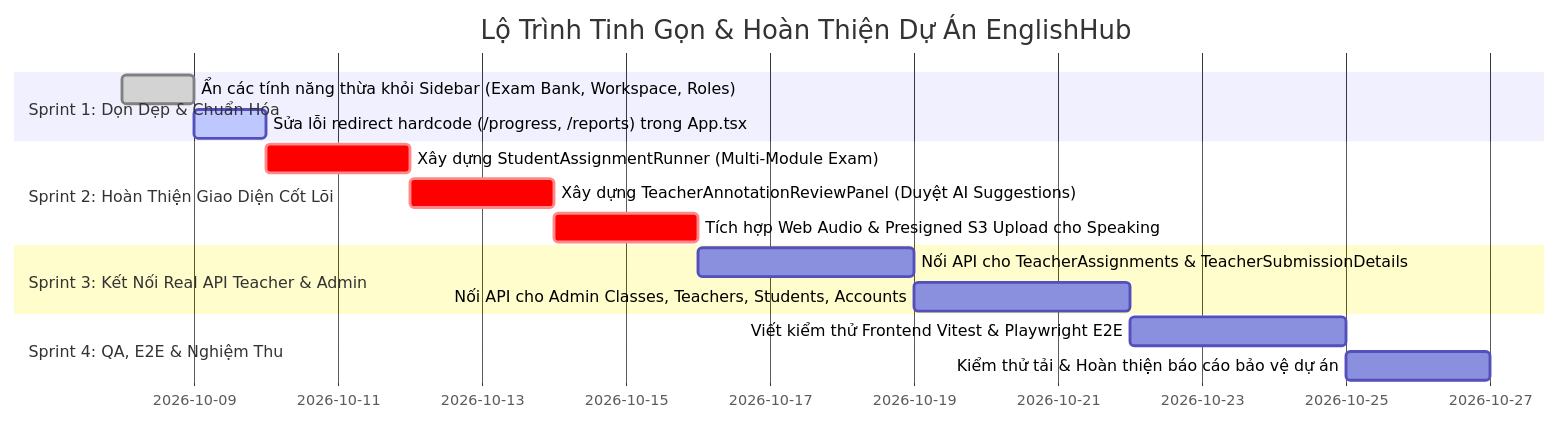
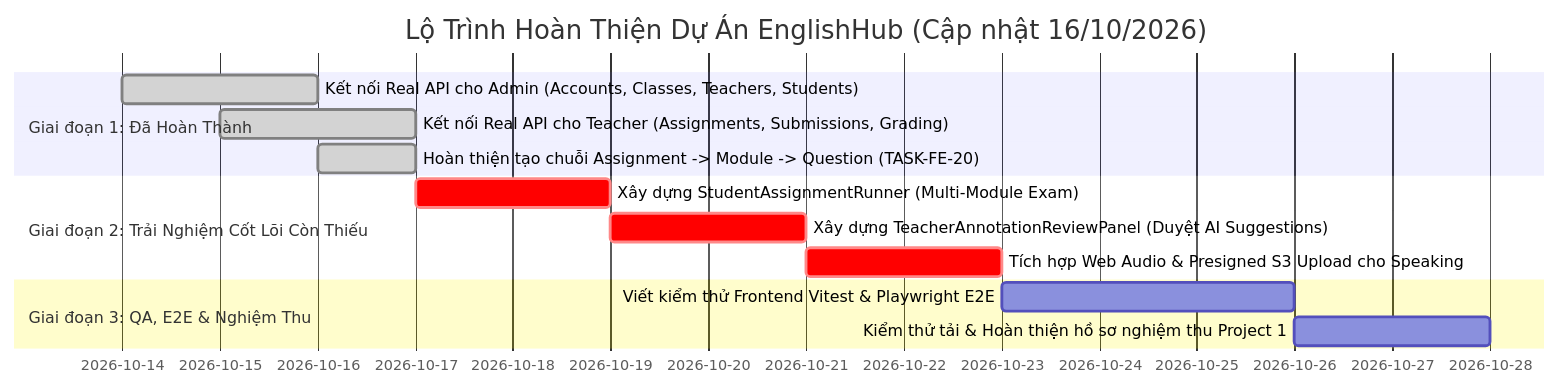
The diagram in docs/CORE_GAP_ANALYSIS.md (hotung9108/EnglishHub), drawn with Mermaid before and after one commit. The commit also changed other lines of this file and 2 other files, not shown here.

Commit message:
docs(audit): update gap analysis, correct frontend page status, and log 25 bugs

````diff
--- a/docs/CORE_GAP_ANALYSIS.md
+++ b/docs/CORE_GAP_ANALYSIS.md
@@ -150,18 +133,16 @@
 ```mermaid
 gantt
-    title Lộ Trình Tinh Gọn & Hoàn Thiện Dự Án EnglishHub
+    title Lộ Trình Hoàn Thiện Dự Án EnglishHub (Cập nhật 16/10/2026)
     dateFormat  YYYY-MM-DD
-    section Sprint 1: Dọn Dẹp & Chuẩn Hóa
-    Ẩn các tính năng thừa khỏi Sidebar (Exam Bank, Workspace, Roles) :done, s1, 2026-10-08, 1d
-    Sửa lỗi redirect hardcode (/progress, /reports) trong App.tsx     :active, s2, 2026-10-09, 1d
-    section Sprint 2: Hoàn Thiện Giao Diện Cốt Lõi
-    Xây dựng StudentAssignmentRunner (Multi-Module Exam)             :crit, s3, 2026-10-10, 2d
-    Xây dựng TeacherAnnotationReviewPanel (Duyệt AI Suggestions)     :crit, s4, 2026-10-12, 2d
-    Tích hợp Web Audio & Presigned S3 Upload cho Speaking            :crit, s5, 2026-10-14, 2d
-    section Sprint 3: Kết Nối Real API Teacher & Admin
-    Nối API cho TeacherAssignments & TeacherSubmissionDetails        :s6, 2026-10-16, 3d
-    Nối API cho Admin Classes, Teachers, Students, Accounts          :s7, 2026-10-19, 3d
-    section Sprint 4: QA, E2E & Nghiệm Thu
-    Viết kiểm thử Frontend Vitest & Playwright E2E                  :s8, 2026-10-22, 3d
-    Kiểm thử tải & Hoàn thiện báo cáo bảo vệ dự án                   :s9, 2026-10-25, 2d
+    section Giai đoạn 1: Đã Hoàn Thành
+    Kết nối Real API cho Admin (Accounts, Classes, Teachers, Students) :done, s1, 2026-10-14, 2d
+    Kết nối Real API cho Teacher (Assignments, Submissions, Grading)   :done, s2, 2026-10-15, 2d
+    Hoàn thiện tạo chuỗi Assignment -> Module -> Question (TASK-FE-20)  :done, s3, 2026-10-16, 1d
+    section Giai đoạn 2: Trải Nghiệm Cốt Lõi Còn Thiếu
+    Xây dựng StudentAssignmentRunner (Multi-Module Exam)             :crit, s4, 2026-10-17, 2d
+    Xây dựng TeacherAnnotationReviewPanel (Duyệt AI Suggestions)     :crit, s5, 2026-10-19, 2d
+    Tích hợp Web Audio & Presigned S3 Upload cho Speaking            :crit, s6, 2026-10-21, 2d
+    section Giai đoạn 3: QA, E2E & Nghiệm Thu
+    Viết kiểm thử Frontend Vitest & Playwright E2E                  :s7, 2026-10-23, 3d
+    Kiểm thử tải & Hoàn thiện hồ sơ nghiệm thu Project 1             :s8, 2026-10-26, 2d
 ```
````
